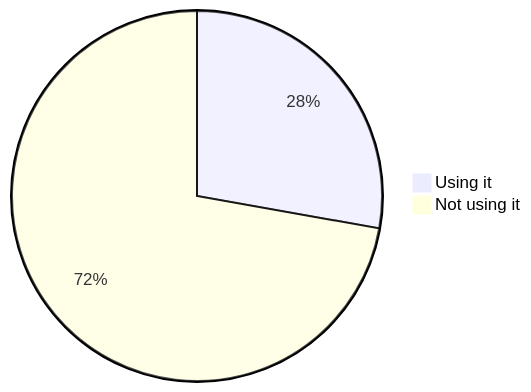
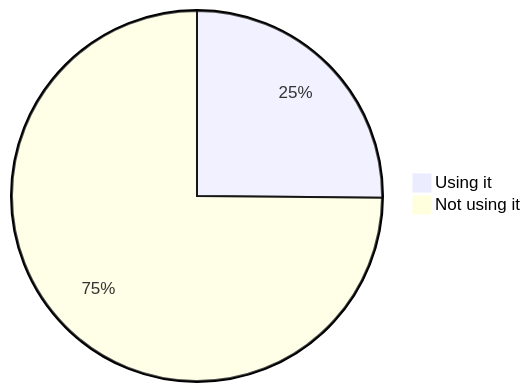
One commit to oshp/oshp-stats changed the first of 18 diagrams in stats.md. Above: the diagram before and after it, drawn with Mermaid. The commit also changed other lines of this file and 1 other file, not shown here.

````diff
--- a/stats.md
+++ b/stats.md
@@ -8,6 +8,6 @@
 ```mermaid
 pie
-	"Using it" : 27.8
-	"Not using it" : 72.2
+	"Using it" : 25.15
+	"Not using it" : 74.85
 
 ```
````
